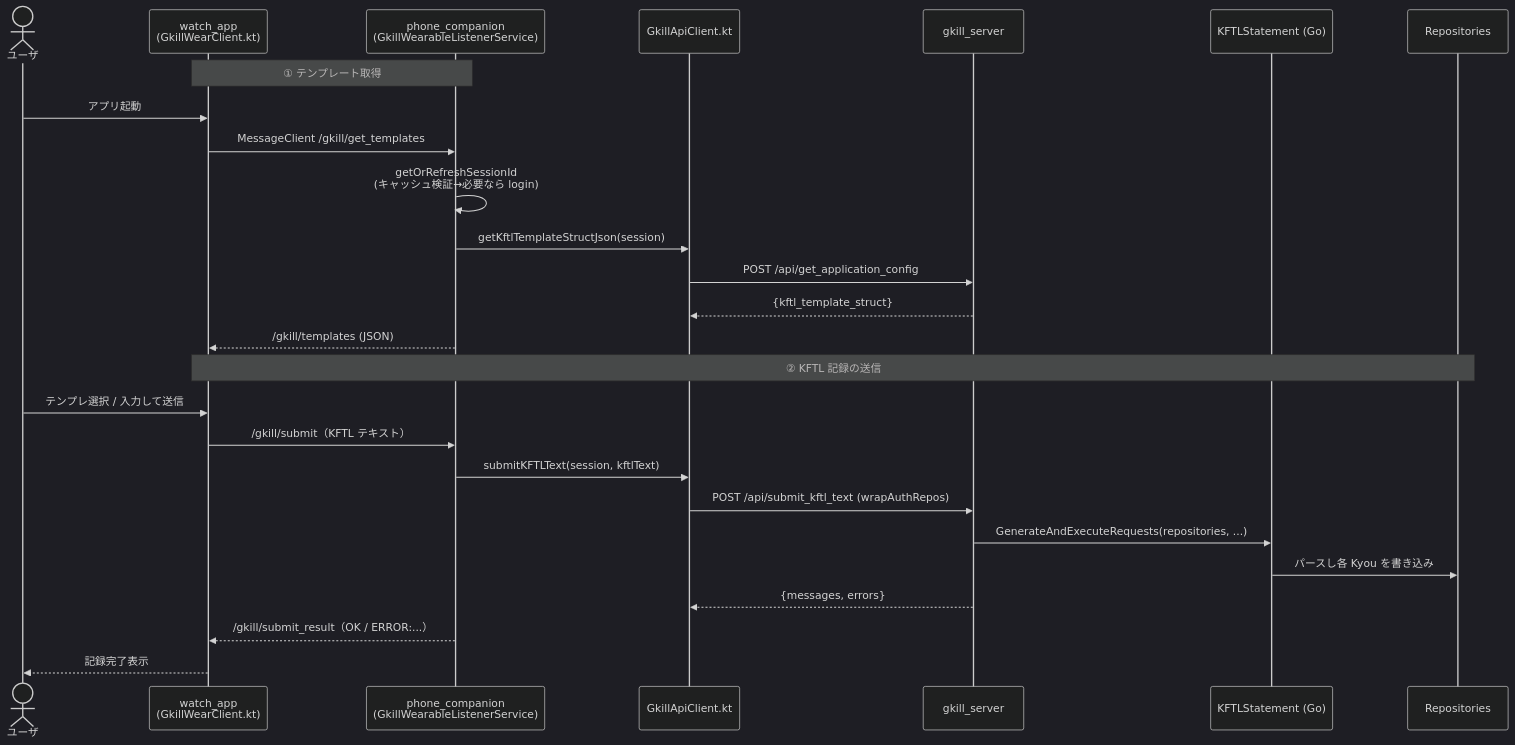
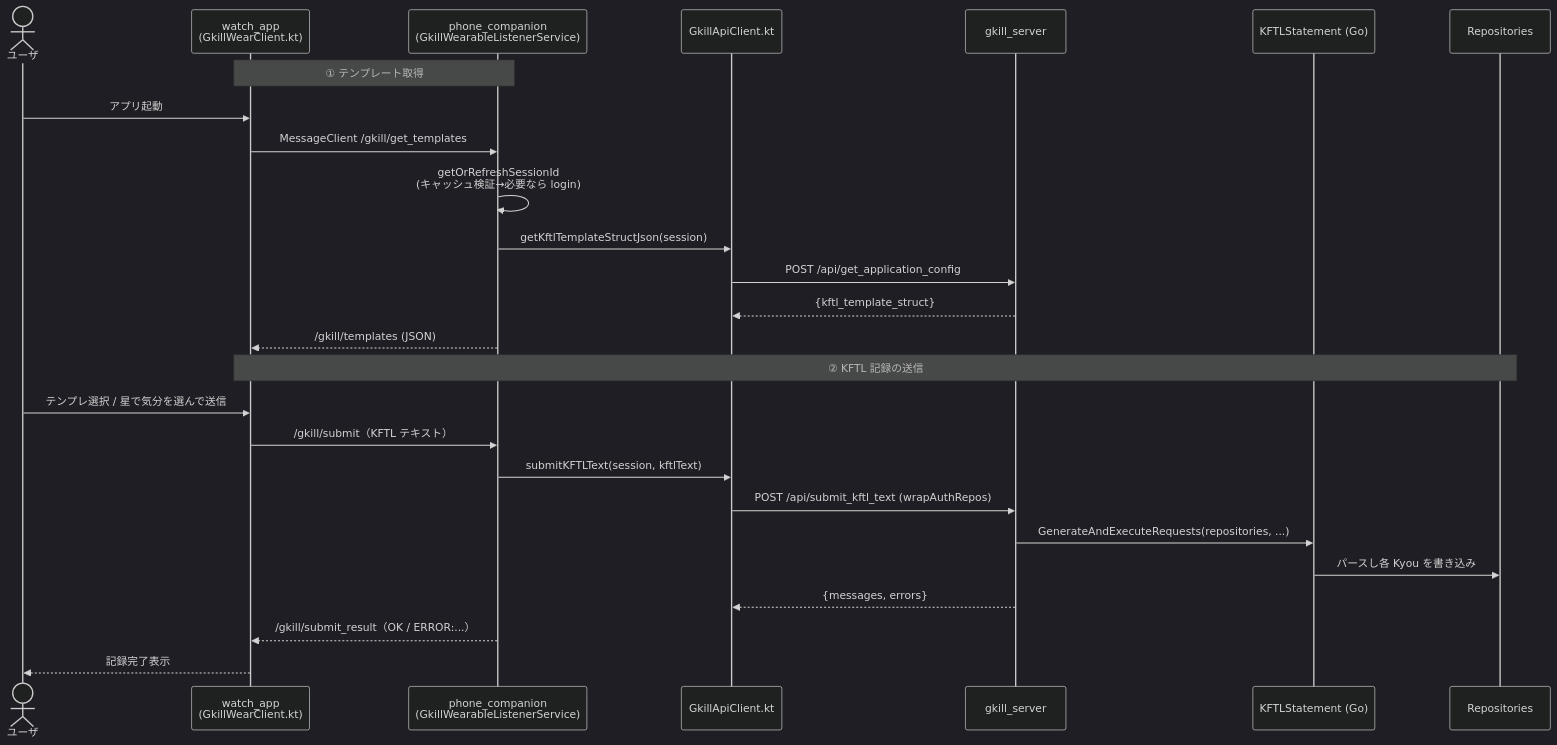
Before and after one commit to mt3hr/gkill: diagram 15 of 25 in documents/reverse/scenario.md, drawn with Mermaid (dark theme). The commit also changed other lines of this file and 23 other files, not shown here.

````diff
--- a/documents/reverse/scenario.md
+++ b/documents/reverse/scenario.md
@@ -499,30 +499,30 @@
 ```mermaid
 sequenceDiagram
     actor User as ユーザ
     participant Watch as watch_app<br>(GkillWearClient.kt)
     participant Phone as phone_companion<br>(GkillWearableListenerService)
     participant ApiC as GkillApiClient.kt
     participant API as gkill_server
     participant KFTL as KFTLStatement (Go)
     participant Reps as Repositories
 
     Note over Watch,Phone: ① テンプレート取得
     User->>Watch: アプリ起動
     Watch->>Phone: MessageClient /gkill/get_templates
     Phone->>Phone: getOrRefreshSessionId<br>(キャッシュ検証→必要なら login)
     Phone->>ApiC: getKftlTemplateStructJson(session)
     ApiC->>API: POST /api/get_application_config
     API-->>ApiC: {kftl_template_struct}
     Phone-->>Watch: /gkill/templates (JSON)
 
     Note over Watch,Reps: ② KFTL 記録の送信
-    User->>Watch: テンプレ選択 / 入力して送信
+    User->>Watch: テンプレ選択 / 星で気分を選んで送信
     Watch->>Phone: /gkill/submit（KFTL テキスト）
     Phone->>ApiC: submitKFTLText(session, kftlText)
     ApiC->>API: POST /api/submit_kftl_text (wrapAuthRepos)
     API->>KFTL: GenerateAndExecuteRequests(repositories, ...)
     KFTL->>Reps: パースし各 Kyou を書き込み
     API-->>ApiC: {messages, errors}
     Phone-->>Watch: /gkill/submit_result（OK / ERROR:...）
     Watch-->>User: 記録完了表示
 ```
````
